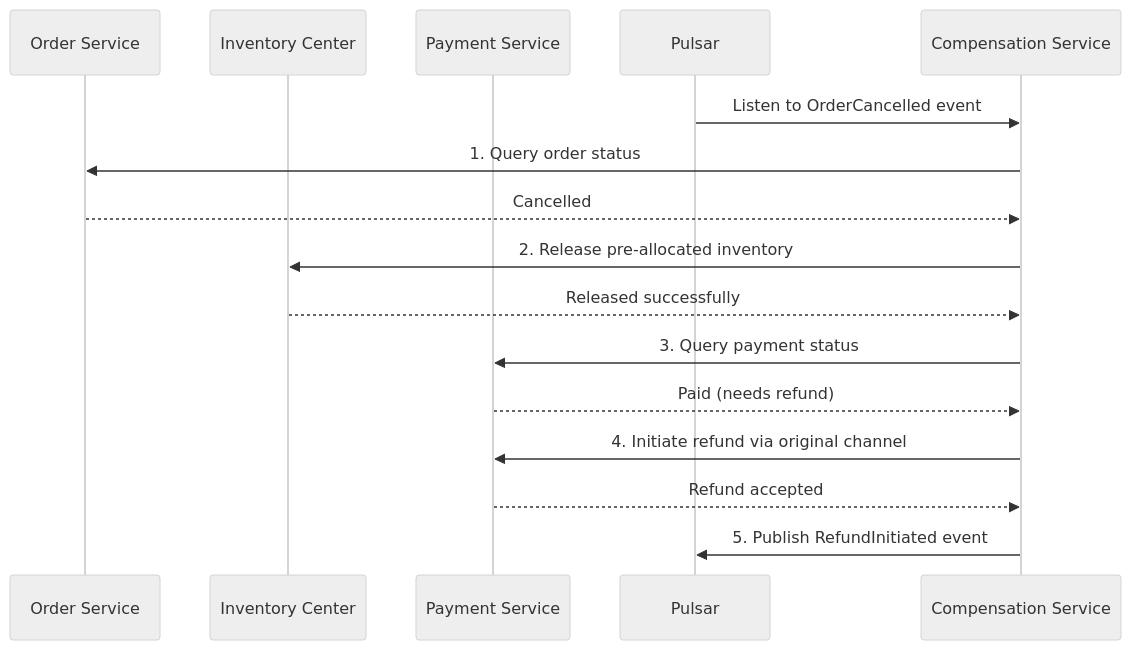
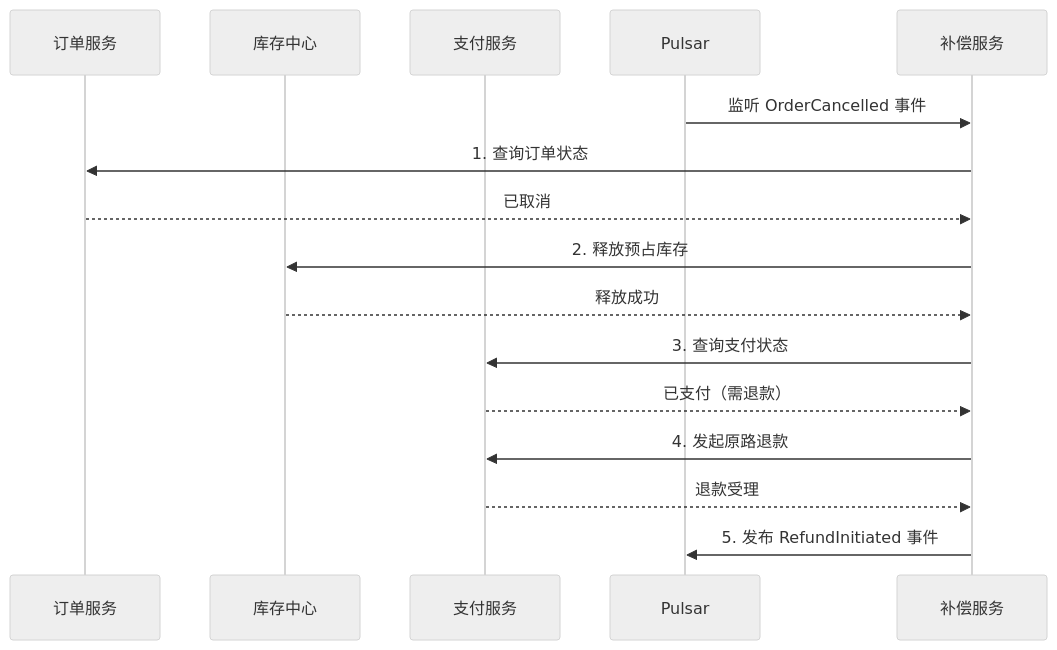
Before and after one commit to Kirky-X/cangjie: the tenth of 15 diagrams in templates/Product/Technology/Template-Architecture.md, drawn with Mermaid (neutral theme). The commit also changed other lines of this file and 33 other files, not shown here.

````diff
--- a/templates/Product/Technology/Template-Architecture.md
+++ b/templates/Product/Technology/Template-Architecture.md
@@ -447,19 +447,19 @@
 ```mermaid
 sequenceDiagram
-    participant OS as Order Service
-    participant ICS as Inventory Center
-    participant PS as Payment Service
+    participant OS as 订单服务
+    participant ICS as 库存中心
+    participant PS as 支付服务
     participant MQ as Pulsar
-    participant CS as Compensation Service
+    participant CS as 补偿服务
 
-    MQ->>CS: Listen to OrderCancelled event
-    CS->>OS: 1. Query order status
-    OS-->>CS: Cancelled
-    CS->>ICS: 2. Release pre-allocated inventory
-    ICS-->>CS: Released successfully
-    CS->>PS: 3. Query payment status
-    PS-->>CS: Paid (needs refund)
-    CS->>PS: 4. Initiate refund via original channel
-    PS-->>CS: Refund accepted
-    CS->>MQ: 5. Publish RefundInitiated event
+    MQ->>CS: 监听 OrderCancelled 事件
+    CS->>OS: 1. 查询订单状态
+    OS-->>CS: 已取消
+    CS->>ICS: 2. 释放预占库存
+    ICS-->>CS: 释放成功
+    CS->>PS: 3. 查询支付状态
+    PS-->>CS: 已支付（需退款）
+    CS->>PS: 4. 发起原路退款
+    PS-->>CS: 退款受理
+    CS->>MQ: 5. 发布 RefundInitiated 事件
 ```
````
